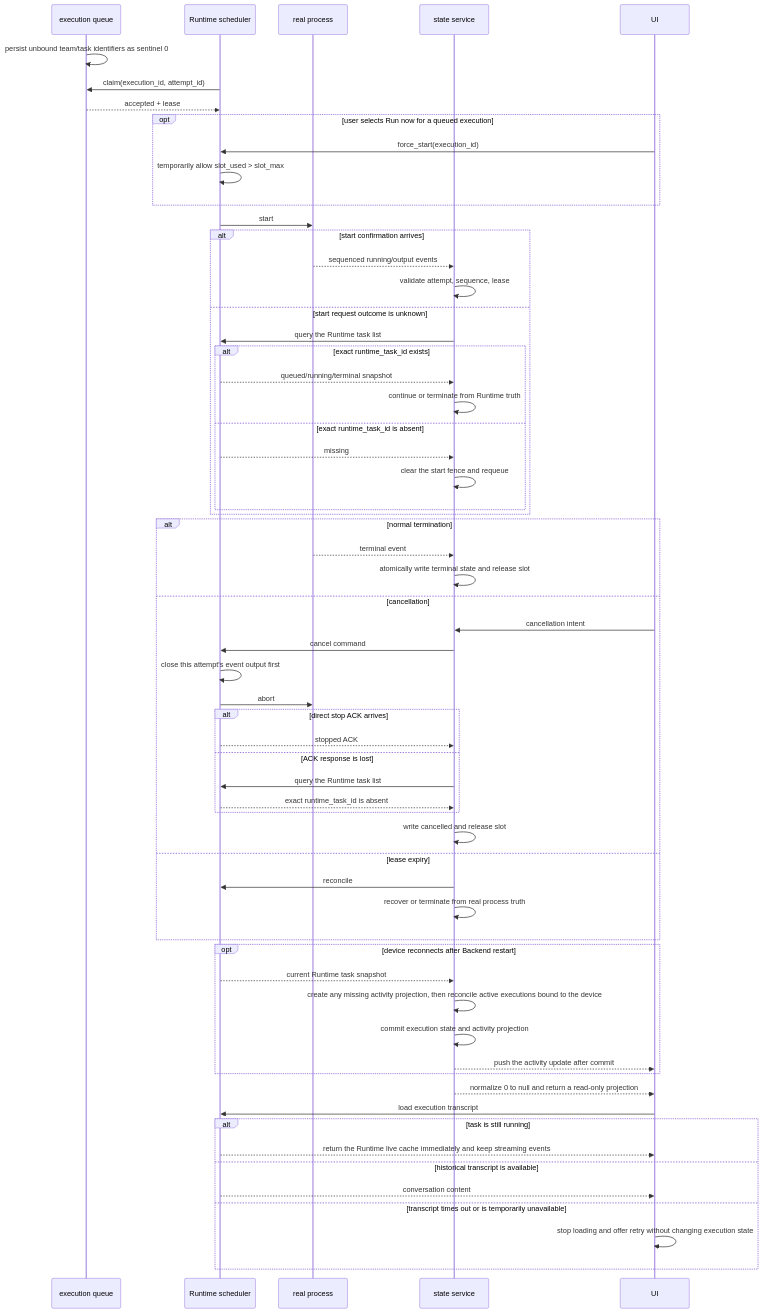
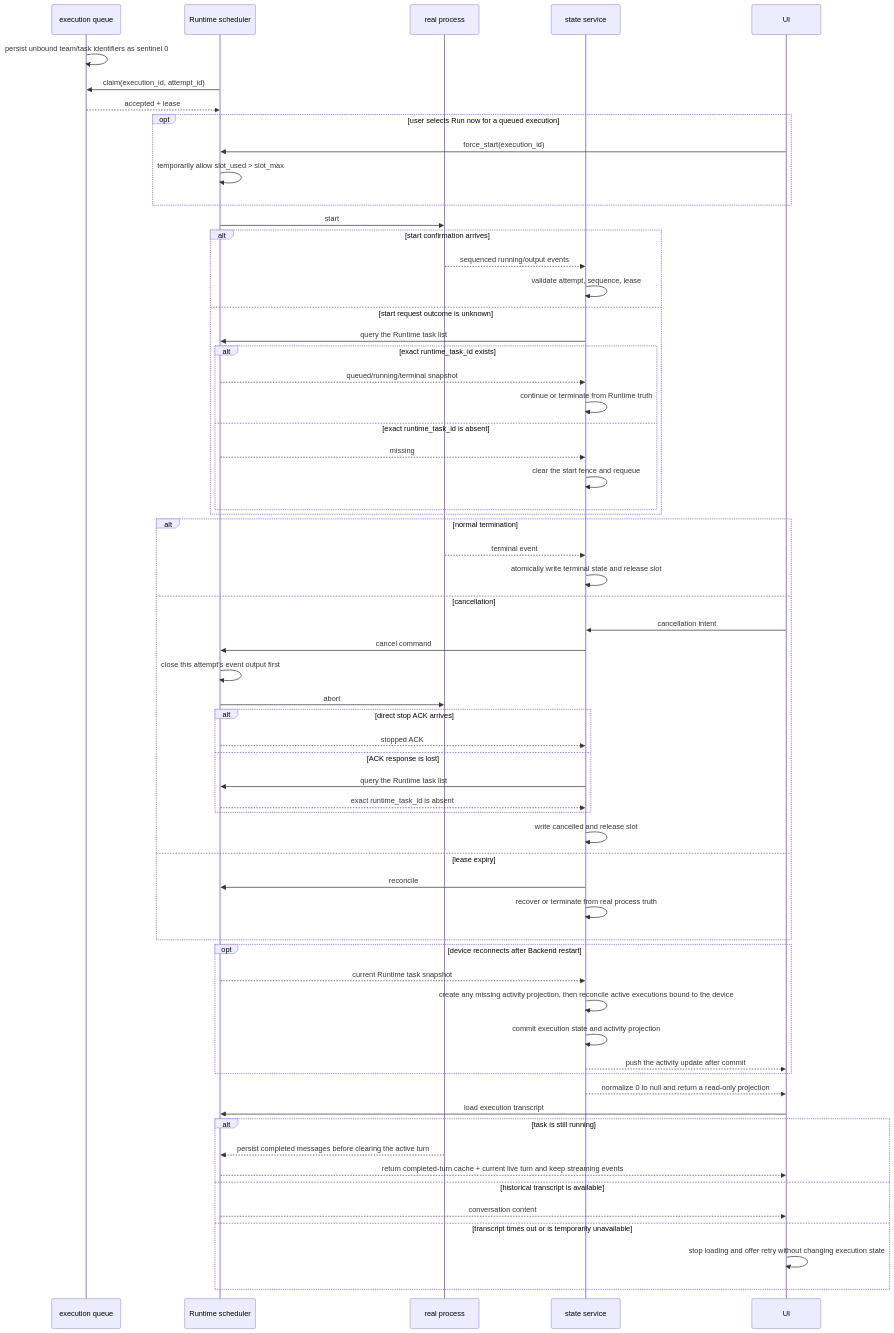
One commit to wecode-ai/Wegent changed the second of 2 diagrams in docs/en/architecture/project-execution-state.md. Above: the diagram before and after it, drawn with Mermaid. The commit also changed other lines of this file and 7 other files, not shown here.

Commit message:
fix(executor): preserve completed active turns

````diff
--- a/docs/en/architecture/project-execution-state.md
+++ b/docs/en/architecture/project-execution-state.md
@@ -33,64 +34,65 @@
 ```mermaid
 sequenceDiagram
     participant Q as execution queue
     participant R as Runtime scheduler
     participant P as real process
     participant S as state service
     participant U as UI
 
     Q->>Q: persist unbound team/task identifiers as sentinel 0
     R->>Q: claim(execution_id, attempt_id)
     Q-->>R: accepted + lease
     opt user selects Run now for a queued execution
         U->>R: force_start(execution_id)
         R->>R: temporarily allow slot_used > slot_max
     end
     R->>P: start
     alt start confirmation arrives
         P-->>S: sequenced running/output events
         S->>S: validate attempt, sequence, lease
     else start request outcome is unknown
         S->>R: query the Runtime task list
         alt exact runtime_task_id exists
             R-->>S: queued/running/terminal snapshot
             S->>S: continue or terminate from Runtime truth
         else exact runtime_task_id is absent
             R-->>S: missing
             S->>S: clear the start fence and requeue
         end
     end
     alt normal termination
         P-->>S: terminal event
         S->>S: atomically write terminal state and release slot
     else cancellation
         U->>S: cancellation intent
         S->>R: cancel command
         R->>R: close this attempt's event output first
         R->>P: abort
         alt direct stop ACK arrives
             R-->>S: stopped ACK
         else ACK response is lost
             S->>R: query the Runtime task list
             R-->>S: exact runtime_task_id is absent
         end
         S->>S: write cancelled and release slot
     else lease expiry
         S->>R: reconcile
         S->>S: recover or terminate from real process truth
     end
     opt device reconnects after Backend restart
         R-->>S: current Runtime task snapshot
         S->>S: create any missing activity projection, then reconcile active executions bound to the device
         S->>S: commit execution state and activity projection
         S-->>U: push the activity update after commit
     end
     S-->>U: normalize 0 to null and return a read-only projection
     U->>R: load execution transcript
     alt task is still running
-        R-->>U: return the Runtime live cache immediately and keep streaming events
+        P-->>R: persist completed messages before clearing the active turn
+        R-->>U: return completed-turn cache + current live turn and keep streaming events
     else historical transcript is available
         R-->>U: conversation content
     else transcript times out or is temporarily unavailable
         U->>U: stop loading and offer retry without changing execution state
     end
 ```
````
